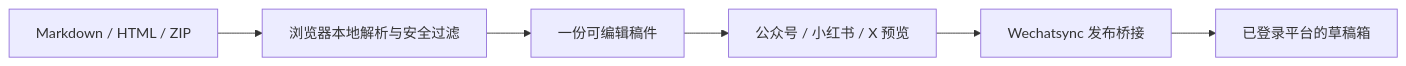
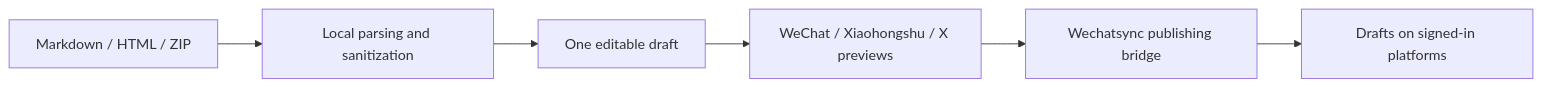
One commit to KeepATARAXIA/ezWriting changed the diagram in README.md. Above: the diagram before and after it, drawn with Mermaid. The commit also changed other lines of this file and 2 other files, not shown here.

````diff
--- a/README.md
+++ b/README.md
@@ -28,8 +28,8 @@
 ```mermaid
 flowchart LR
-    A["Markdown / HTML / ZIP"] --> B["浏览器本地解析与安全过滤"]
-    B --> C["一份可编辑稿件"]
-    C --> D["公众号 / 小红书 / X 预览"]
-    D --> E["Wechatsync 发布桥接"]
-    E --> F["已登录平台的草稿箱"]
+    A["Markdown / HTML / ZIP"] --> B["Local parsing and sanitization"]
+    B --> C["One editable draft"]
+    C --> D["WeChat / Xiaohongshu / X previews"]
+    D --> E["Wechatsync publishing bridge"]
+    E --> F["Drafts on signed-in platforms"]
 ```
````
